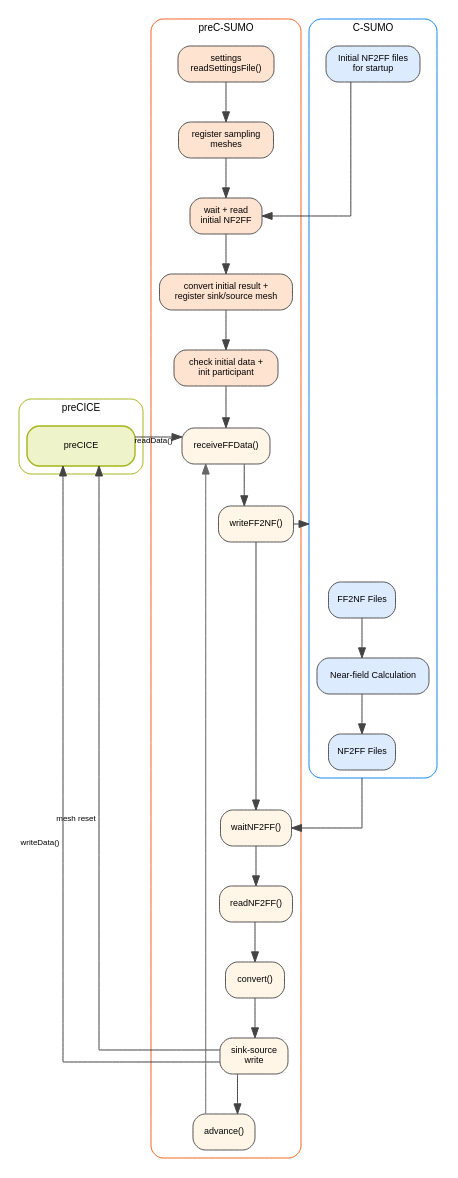
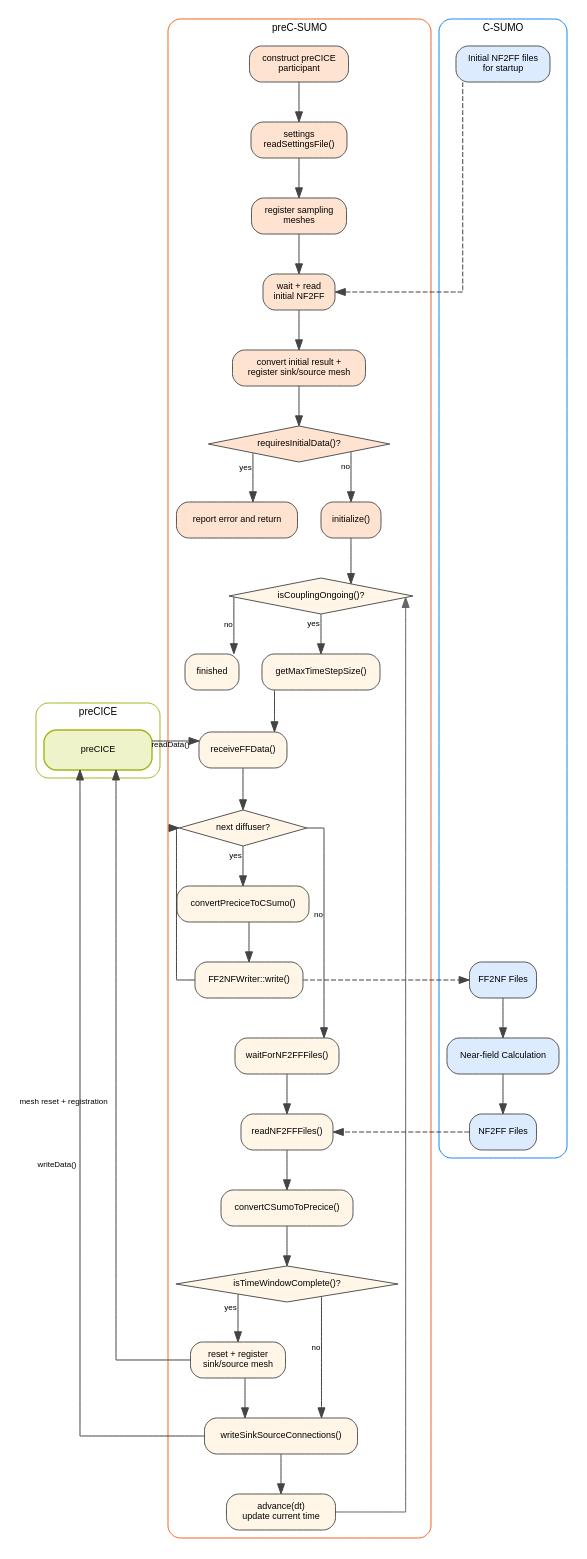
Before and after one commit to Deltares/Delft3D: the diagram in src/tools_gpl/pre_c_sumo/docs/include/preC_SUMO_Swimlanes.dot, drawn with Graphviz. The commit also changed 2 other files, not shown here.

```diff
--- a/src/tools_gpl/pre_c_sumo/docs/include/preC_SUMO_Swimlanes.dot
+++ b/src/tools_gpl/pre_c_sumo/docs/include/preC_SUMO_Swimlanes.dot
@@ -1,84 +1,112 @@
 digraph preCSUMOSwimlanes {
   rankdir=TB;
   newrank=true;
   compound=true;
   splines=ortho;
   nodesep=0.32;
   ranksep=0.55;
   fontname="Helvetica";
   fontsize=10;
 
   node [shape=box, style="rounded,filled", fontname="Helvetica", fontsize=9, color="#555555", fillcolor="#FFFFFF"];
   edge [fontname="Helvetica", fontsize=8, color="#444444"];
 
   subgraph cluster_precice {
     label="preCICE";
     color="#A5B51B";
     style="rounded";
 
     precice [
       label="preCICE",
       shape=box,
       style="rounded,filled",
       color="#A5B51B",
       fillcolor="#EEF3C9",
       penwidth=1.4,
       width=1.5,
       height=0.55,
       group="precice",
       URL="https://precice.org/docs.html",
       tooltip="preCICE coupling library"
     ];
   }
 
   subgraph cluster_precsumo {
     label="preC-SUMO";
     color="#F26422";
     style="rounded";
 
     node [group="precsumo"];
 
+    start [label="construct preCICE\nparticipant", fillcolor="#FFE3D1", URL="\\ref pre_c_sumo::run()", tooltip="Construct the preCICE participant"];
     s0 [label="settings\nreadSettingsFile()", fillcolor="#FFE3D1", URL="\\ref pre_c_sumo::c_sumo::readSettingsFile", tooltip="Open readSettingsFile docs"];
     s1 [label="register sampling\nmeshes", fillcolor="#FFE3D1", tooltip="Register preC-SUMO sampling meshes"];
     s2 [label="wait + read\ninitial NF2FF", fillcolor="#FFE3D1", URL="\\ref pre_c_sumo::c_sumo::waitForNF2FFFiles", tooltip="Read initial NF2FF data before participant initialization"];
     s3 [label="convert initial result +\nregister sink/source mesh", fillcolor="#FFE3D1", URL="\\ref pre_c_sumo::convertCSumoToPrecice", tooltip="Set up sink/source mesh from initial NF2FF data"];
-    s4 [label="check initial data +\ninit participant", fillcolor="#FFE3D1", URL="\\ref pre_c_sumo::run()", tooltip="Reject required outgoing initial data, then initialize"];
+    s4 [label="requiresInitialData()?", shape=diamond, style=filled, fillcolor="#FFE3D1", URL="\\ref pre_c_sumo::run()", tooltip="Reject required outgoing initial data"];
+    initial_error [label="report error and return", fillcolor="#FFE3D1"];
+    initialize [label="initialize()", fillcolor="#FFE3D1", URL="\\ref pre_c_sumo::run()", tooltip="Initialize the preCICE participant"];
 
+    ongoing [label="isCouplingOngoing()?", shape=diamond, style=filled, fillcolor="#FFF6E8"];
+    finished [label="finished", fillcolor="#FFF6E8"];
+    timestep [label="getMaxTimeStepSize()", fillcolor="#FFF6E8"];
     l0 [label="receiveFFData()", fillcolor="#FFF6E8", URL="\\ref pre_c_sumo::precice::receiveFFData", tooltip="Open receiveFFData docs"];
-    l1 [label="writeFF2NF()", fillcolor="#FFF6E8", URL="\\ref pre_c_sumo_write_ff2nf", tooltip="Open FF2NFWriter::write docs"];
-    l2 [label="waitNF2FF()", fillcolor="#FFF6E8", URL="\\ref pre_c_sumo::c_sumo::waitForNF2FFFiles", tooltip="Open waitForNF2FFFiles docs"];
-    l3 [label="readNF2FF()", fillcolor="#FFF6E8", URL="\\ref pre_c_sumo::c_sumo::readNF2FFFiles", tooltip="Open readNF2FFFiles docs"];
-    l4 [label="convert()", fillcolor="#FFF6E8", URL="\\ref pre_c_sumo::convertCSumoToPrecice", tooltip="Open convertCSumoToPrecice docs"];
-    l5 [label="sink-source\nwrite", fillcolor="#FFF6E8", URL="\\ref pre_c_sumo_sink_source_connections_write_to_precice", tooltip="Open writeSinkSourceConnections docs"];
-    l6 [label="advance()", fillcolor="#FFF6E8", URL="\\ref pre_c_sumo::run()", tooltip="Open run() loop docs"];
+    diffuser [label="next diffuser?", shape=diamond, style=filled, fillcolor="#FFF6E8"];
+    convert_ff [label="convertPreciceToCSumo()", fillcolor="#FFF6E8", URL="\\ref pre_c_sumo::convertPreciceToCSumo", tooltip="Convert preCICE data for one diffuser"];
+    l1 [label="FF2NFWriter::write()", fillcolor="#FFF6E8", URL="\\ref pre_c_sumo_write_ff2nf", tooltip="Open FF2NFWriter::write docs"];
+    l2 [label="waitForNF2FFFiles()", fillcolor="#FFF6E8", URL="\\ref pre_c_sumo::c_sumo::waitForNF2FFFiles", tooltip="Wait for complete NF2FF files"];
+    l3 [label="readNF2FFFiles()", fillcolor="#FFF6E8", URL="\\ref pre_c_sumo::c_sumo::readNF2FFFiles", tooltip="Open readNF2FFFiles docs"];
+    l4 [label="convertCSumoToPrecice()", fillcolor="#FFF6E8", URL="\\ref pre_c_sumo::convertCSumoToPrecice", tooltip="Open convertCSumoToPrecice docs"];
+    window_complete [label="isTimeWindowComplete()?", shape=diamond, style=filled, fillcolor="#FFF6E8"];
+    reset [label="reset + register\nsink/source mesh", fillcolor="#FFF6E8", tooltip="Reset the mesh and register its updated vertices"];
+    l5 [label="writeSinkSourceConnections()", fillcolor="#FFF6E8", URL="\\ref pre_c_sumo_sink_source_connections_write_to_precice", tooltip="Open writeSinkSourceConnections docs"];
+    l6 [label="advance(dt)\nupdate current time", fillcolor="#FFF6E8", URL="\\ref pre_c_sumo::run()", tooltip="Advance the participant and update the current time"];
     lane_left [label="", shape=point, width=0.01, height=0.01, style=invis];
 
-    s0 -> s1 -> s2 -> s3 -> s4 -> l0 -> l1 -> l2 -> l3 -> l4 -> l5 -> l6;
+    start -> s0 -> s1 -> s2 -> s3 -> s4;
+    s4 -> initial_error [xlabel="yes"];
+    s4 -> initialize [xlabel="no"];
+    initialize -> ongoing;
+    ongoing -> finished [xlabel="no"];
+    ongoing -> timestep [xlabel="yes"];
+    timestep -> l0 -> diffuser;
+    diffuser -> convert_ff [xlabel="yes"];
+    convert_ff -> l1;
+    l1 -> diffuser [constraint=false];
+    diffuser -> l2 [xlabel="no"];
+    l1 -> l2 [style=invis];
+    l2 -> l3 -> l4 -> window_complete;
+    window_complete -> reset [xlabel="yes"];
+    window_complete -> l5 [xlabel="no"];
+    reset -> l5 -> l6;
+    l6 -> ongoing [constraint=false, color="#666666"];
     lane_left -> l0 [style=invis, weight=120];
-    l6 -> l0 [color="#666666"];
   }
 
   { rank=same; precice; lane_left; l0; }
 
   precice -> lane_left [style=invis, weight=240, minlen=1];
 
   subgraph cluster_csumo {
     label="C-SUMO";
     color="#1285F0";
     style="rounded";
 
     c_initial [label="Initial NF2FF files\nfor startup", fillcolor="#DDEBFF", tooltip="Read before preCICE initialization"];
     c0 [label="FF2NF Files", fillcolor="#DDEBFF", tooltip="Produced by FF2NFWriter::write"];
     c1 [label="Near-field Calculation", fillcolor="#DDEBFF",  tooltip="External step consuming FF2NF and generating NF2FF files"];
     c2 [label="NF2FF Files", fillcolor="#DDEBFF", tooltip="Consumed by readNF2FFFiles"];
     c0 -> c1 -> c2;
   }
 
-  c_initial -> s2 [constraint=false];
+  c_initial -> s2 [constraint=false, style=dashed];
   precice:e -> l0:w [constraint=false, xlabel="readData()"];
-  l5:w -> precice:se [constraint=false, xlabel="mesh reset"];
+  reset:w -> precice:se [constraint=false, xlabel="mesh reset + registration"];
   l5:w -> precice:se [constraint=false, xlabel="writeData()"];
 
-  l1 -> c0 [lhead=cluster_csumo];
-  c2 -> l2 [ltail=cluster_csumo];
+  l1 -> c0 [constraint=false, style=dashed];
+  c2 -> l3 [constraint=false, style=dashed];
+  { rank=same; l1; c0; }
+  { rank=same; l2; c1; }
+  { rank=same; l3; c2; }
 }
```
